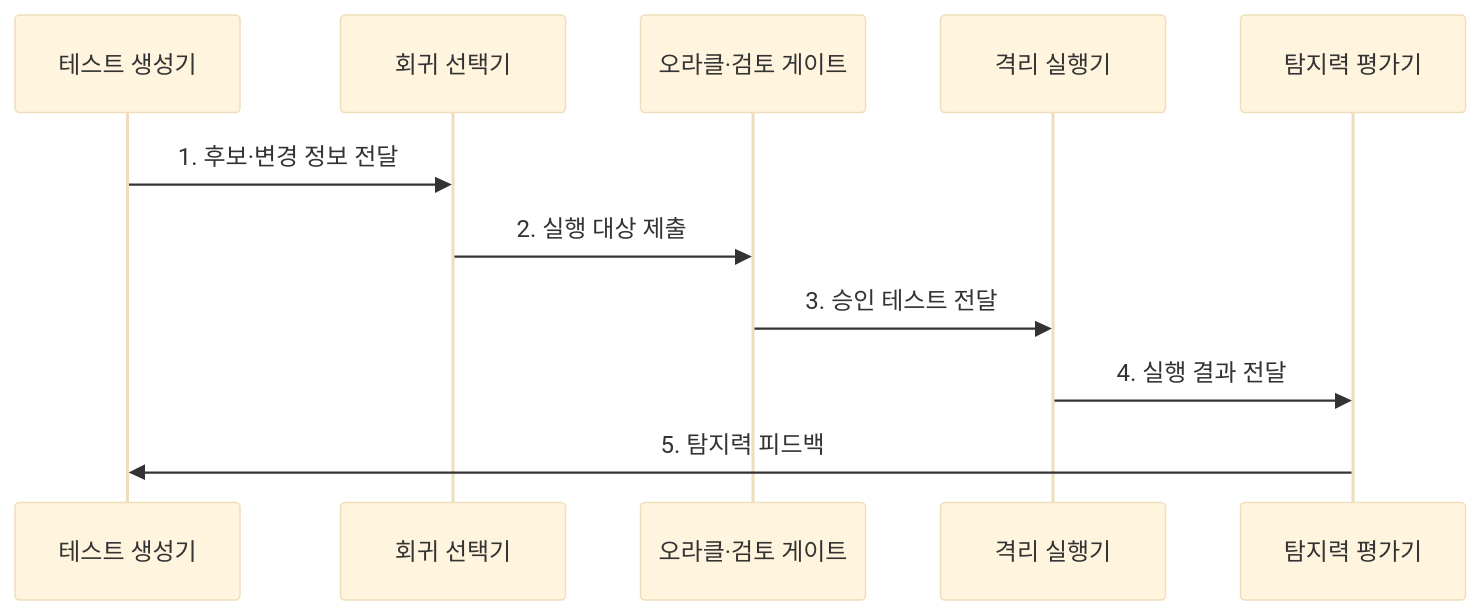
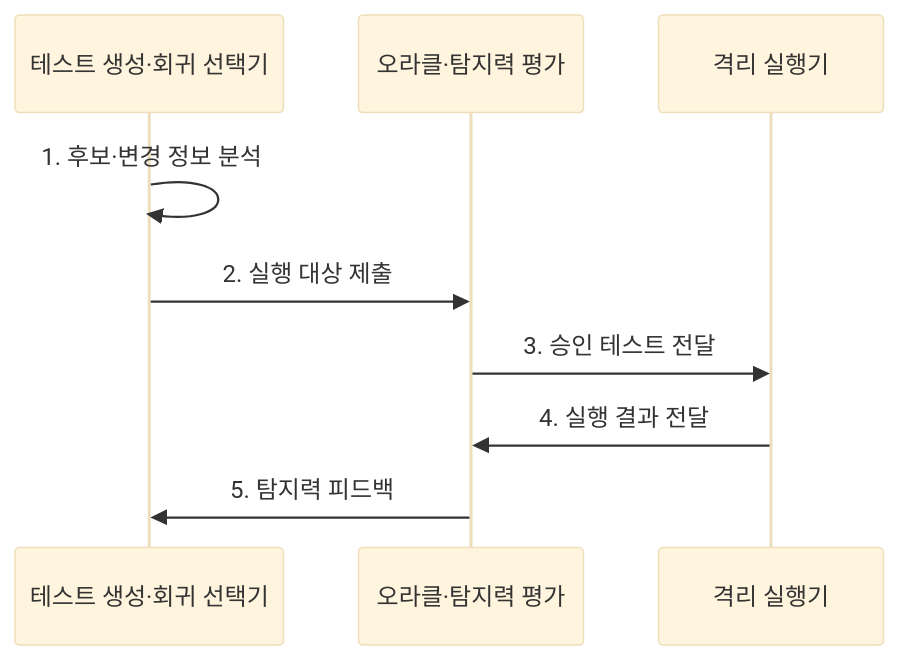
The second of 2 diagrams in src/content/docs/notes/03-software/207_ai_test_automation.md (agnusdei1207/knowledge-base), drawn with Mermaid (base theme) before and after one commit. The commit also changed 9 other files, not shown here.

Commit message:
Focus governance and assurance diagrams

````diff
--- a/src/content/docs/notes/03-software/207_ai_test_automation.md
+++ b/src/content/docs/notes/03-software/207_ai_test_automation.md
@@ -95,13 +95,11 @@
 ```mermaid
 sequenceDiagram
-    participant G as 테스트 생성기
-    participant S as 회귀 선택기
-    participant O as 오라클·검토 게이트
+    participant G as 테스트 생성·회귀 선택기
+    participant O as 오라클·탐지력 평가
     participant E as 격리 실행기
-    participant A as 탐지력 평가기
-    G->>S: 1. 후보·변경 정보 전달
-    S->>O: 2. 실행 대상 제출
+    G->>G: 1. 후보·변경 정보 분석
+    G->>O: 2. 실행 대상 제출
     O->>E: 3. 승인 테스트 전달
-    E->>A: 4. 실행 결과 전달
-    A->>G: 5. 탐지력 피드백
+    E->>O: 4. 실행 결과 전달
+    O->>G: 5. 탐지력 피드백
 ```
````
